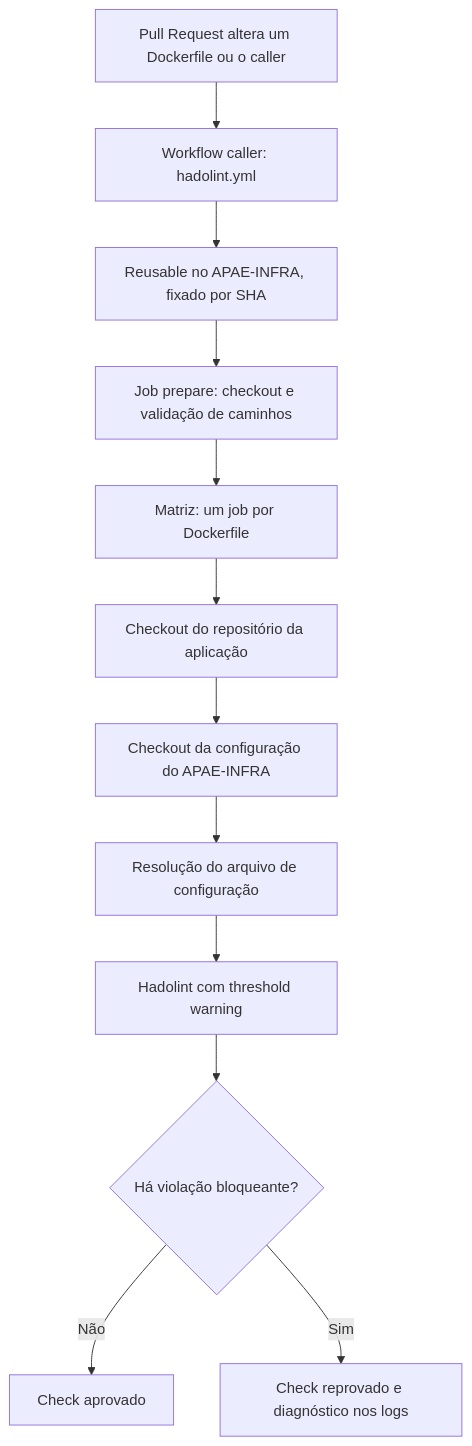
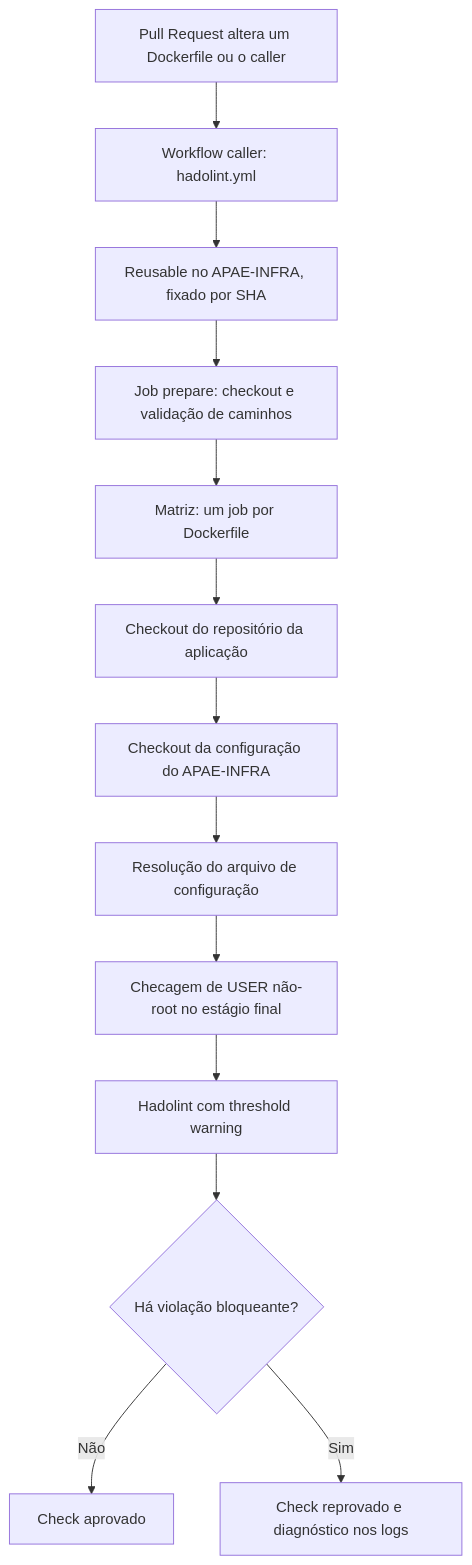
One commit to IFPBEsp/APAE-INFRA changed the diagram in docs/workflows/reusable-hadolint.md. Above: the diagram before and after it, drawn with Mermaid. The commit also changed other lines of this file, not shown here.

Commit message:
docs: atualiza sha, evidencias e novas regras do hadolint

````diff
--- a/docs/workflows/reusable-hadolint.md
+++ b/docs/workflows/reusable-hadolint.md
@@ -55,14 +55,15 @@
 ```mermaid
 flowchart TD
     A[Pull Request altera um Dockerfile ou o caller] --> B[Workflow caller: hadolint.yml]
     B --> C[Reusable no APAE-INFRA, fixado por SHA]
     C --> D[Job prepare: checkout e validação de caminhos]
     D --> E[Matriz: um job por Dockerfile]
     E --> F[Checkout do repositório da aplicação]
     F --> G[Checkout da configuração do APAE-INFRA]
     G --> H[Resolução do arquivo de configuração]
-    H --> I[Hadolint com threshold warning]
+    H --> U[Checagem de USER não-root no estágio final]
+    U --> I[Hadolint com threshold warning]
     I --> J{Há violação bloqueante?}
     J -- Não --> K[Check aprovado]
     J -- Sim --> L[Check reprovado e diagnóstico nos logs]
 ```
````
